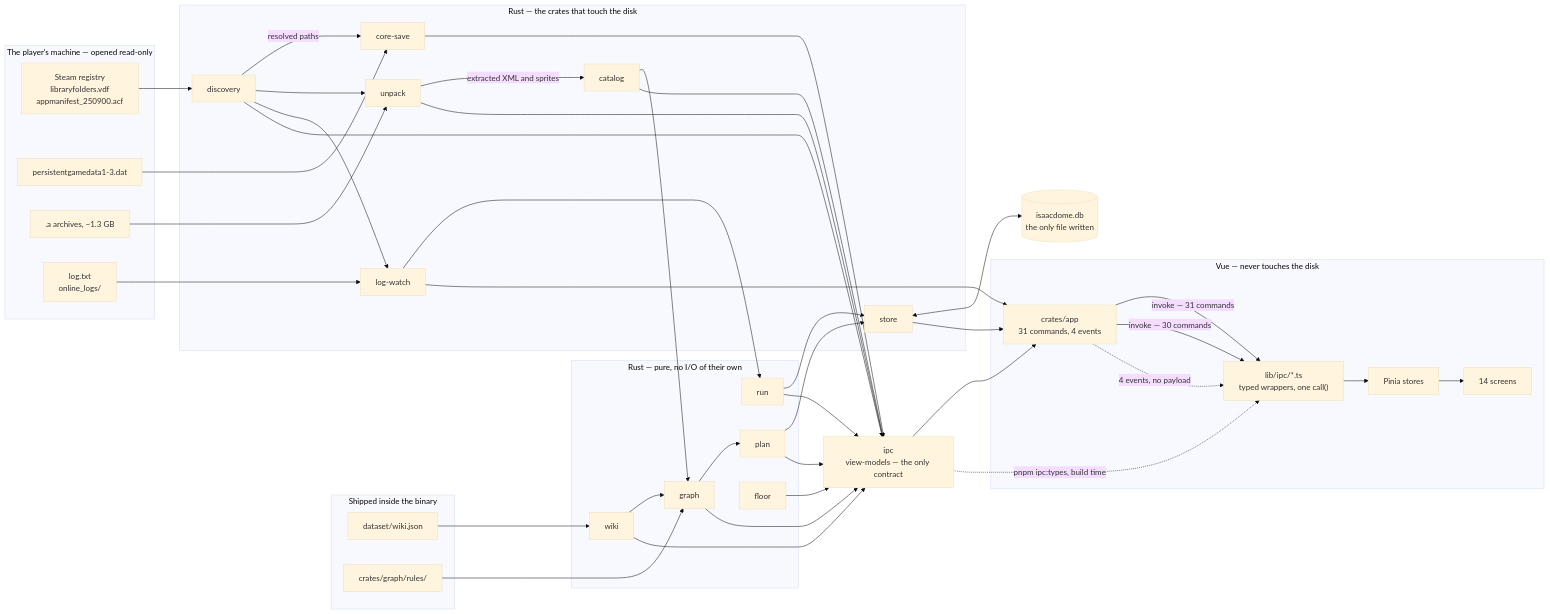
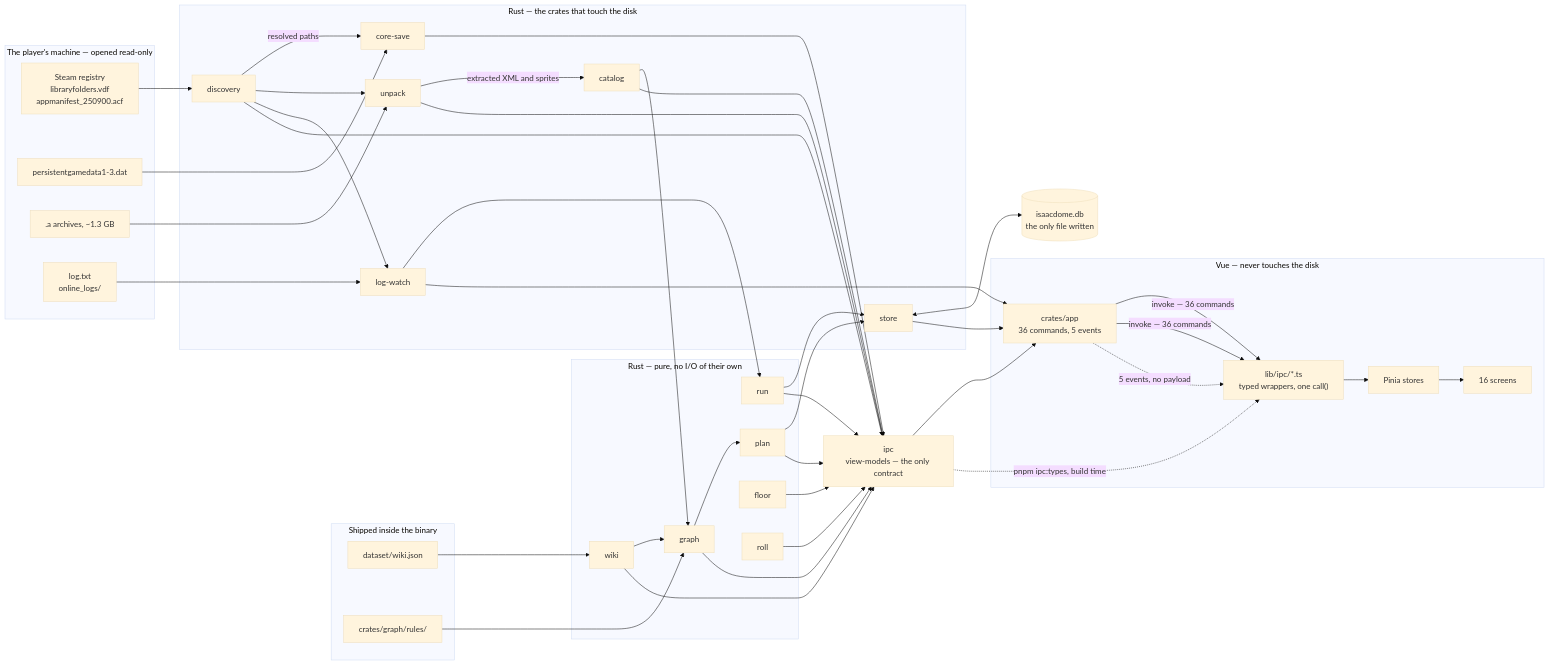
The first of 4 diagrams in docs/architecture.md (DomenghiniStefano/isaac-dome), drawn with Mermaid (base theme) before and after one commit. The commit also changed other lines of this file and 5 other files, not shown here.

````diff
--- a/docs/architecture.md
+++ b/docs/architecture.md
@@ -31,80 +31,82 @@
 ```mermaid
 flowchart LR
   subgraph disk["The player's machine — opened read-only"]
     steam["Steam registry<br/>libraryfolders.vdf<br/>appmanifest_250900.acf"]
     dat["persistentgamedata1-3.dat"]
     packed[".a archives, ~1.3 GB"]
     logs["log.txt<br/>online_logs/"]
   end
 
   subgraph shipped["Shipped inside the binary"]
     wikijson["dataset/wiki.json"]
     rulesjson["crates/graph/rules/"]
   end
 
   subgraph io["Rust — the crates that touch the disk"]
     discovery["discovery"]
     coresave["core-save"]
     unpack["unpack"]
     catalog["catalog"]
     logwatch["log-watch"]
     store["store"]
   end
 
   subgraph purecrates["Rust — pure, no I/O of their own"]
     wiki["wiki"]
     graphc["graph"]
     plan["plan"]
     runc["run"]
     floor["floor"]
+    rollc["roll"]
   end
 
   ipc["ipc<br/>view-models — the only contract"]
-  app["crates/app<br/>31 commands, 4 events"]
+  app["crates/app<br/>36 commands, 5 events"]
 
   subgraph vue["Vue — never touches the disk"]
-     app -->|"invoke — 31 commands"| wrappers["lib/ipc/*.ts<br/>typed wrappers, one call()"]
+     app -->|"invoke — 36 commands"| wrappers["lib/ipc/*.ts<br/>typed wrappers, one call()"]
     stores["Pinia stores"]
-    screens["14 screens"]
+    screens["16 screens"]
   end
 
   db[("isaacdome.db<br/>the only file written")]
 
   steam --> discovery
   discovery -->|"resolved paths"| coresave
   discovery --> unpack
   discovery --> logwatch
   dat --> coresave
   packed --> unpack
   unpack -->|"extracted XML and sprites"| catalog
   logs --> logwatch
   wikijson --> wiki
   rulesjson --> graphc
   catalog --> graphc
   wiki --> graphc
   graphc --> plan
   logwatch --> runc
   runc --> store
   plan --> store
   store <--> db
 
   coresave --> ipc
   discovery --> ipc
   unpack --> ipc
   catalog --> ipc
   graphc --> ipc
   plan --> ipc
   wiki --> ipc
   runc --> ipc
   floor --> ipc
+  rollc --> ipc
 
   ipc --> app
   store --> app
   logwatch --> app
 
-  app -->|"invoke — 30 commands"| wrappers
-  app -.->|"4 events, no payload"| wrappers
+  app -->|"invoke — 36 commands"| wrappers
+  app -.->|"5 events, no payload"| wrappers
   ipc -.->|"pnpm ipc:types, build time"| wrappers
   wrappers --> stores
   stores --> screens
 ```
````
